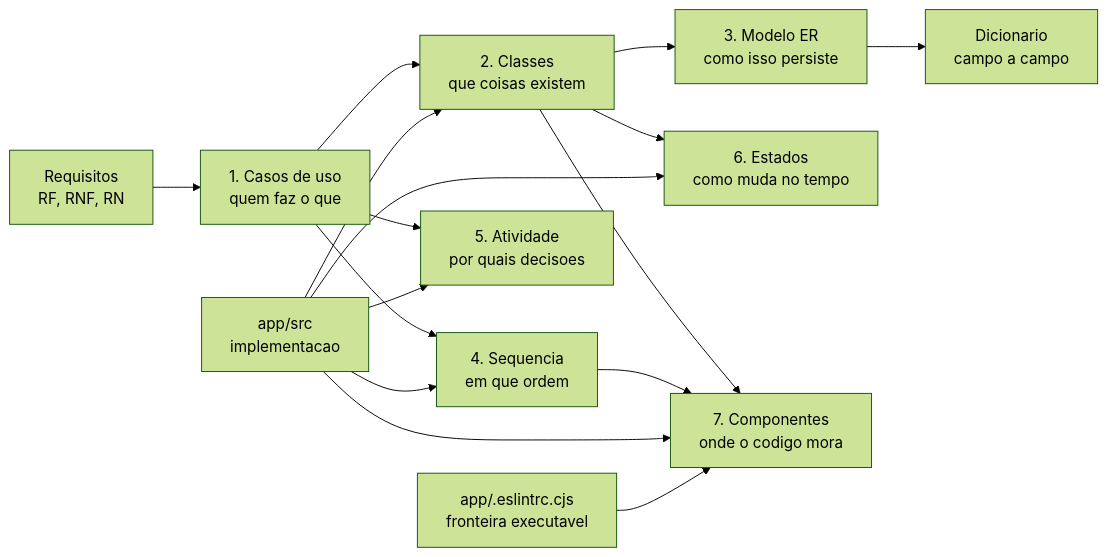
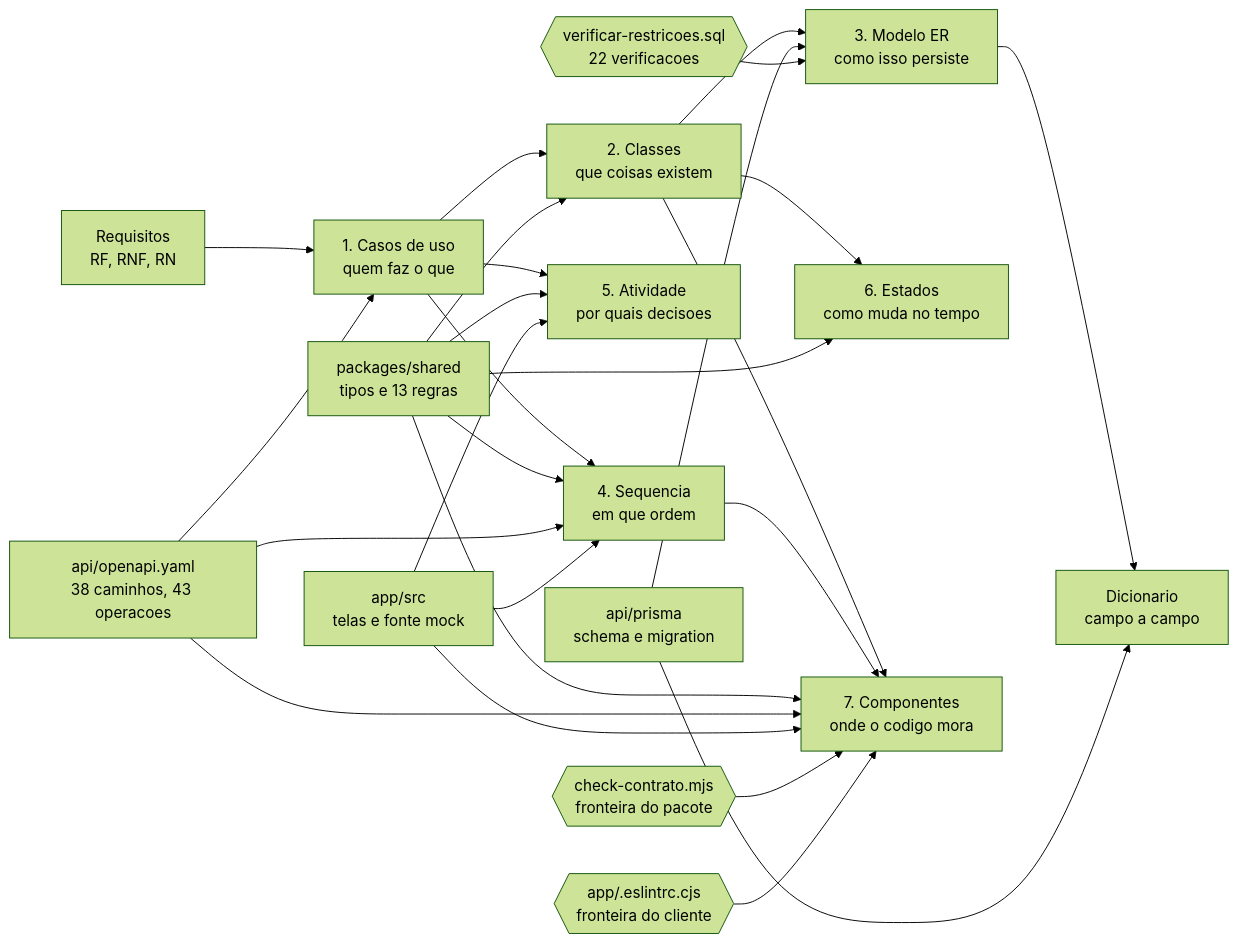
Before and after one commit to lukiin-z/campus: the diagram in docs/05-modelagem/README.md, drawn with Mermaid (forest theme). The commit also changed other lines of this file and 44 other files, not shown here.

````diff
--- a/docs/05-modelagem/README.md
+++ b/docs/05-modelagem/README.md
@@ -59,18 +71,30 @@
 ```mermaid
 flowchart LR
     REQ["Requisitos<br/>RF, RNF, RN"] --> UC["1. Casos de uso<br/>quem faz o que"]
     UC --> CL["2. Classes<br/>que coisas existem"]
     CL --> ER["3. Modelo ER<br/>como isso persiste"]
     UC --> SEQ["4. Sequencia<br/>em que ordem"]
     CL --> EST["6. Estados<br/>como muda no tempo"]
     UC --> ATV["5. Atividade<br/>por quais decisoes"]
     ER --> DIC["Dicionario<br/>campo a campo"]
     CL --> COMP["7. Componentes<br/>onde o codigo mora"]
     SEQ --> COMP
-    CODE["app/src<br/>implementacao"] --> SEQ
-    CODE --> ATV
-    CODE --> EST
-    CODE --> COMP
-    CODE --> CL
-    ESLINT["app/.eslintrc.cjs<br/>fronteira executavel"] --> COMP
+
+    PKG["packages/shared<br/>tipos e 13 regras"] --> CL
+    PKG --> SEQ
+    PKG --> ATV
+    PKG --> EST
+    PKG --> COMP
+    SPEC["api/openapi.yaml<br/>38 caminhos, 43 operacoes"] --> SEQ
+    SPEC --> UC
+    SPEC --> COMP
+    PRISMA["api/prisma<br/>schema e migration"] --> ER
+    PRISMA --> DIC
+    APP["app/src<br/>telas e fonte mock"] --> SEQ
+    APP --> ATV
+    APP --> COMP
+
+    CONTRATO{{"check-contrato.mjs<br/>fronteira do pacote"}} --> COMP
+    ESLINT{{"app/.eslintrc.cjs<br/>fronteira do cliente"}} --> COMP
+    VERIF{{"verificar-restricoes.sql<br/>22 verificacoes"}} --> ER
 ```
````
